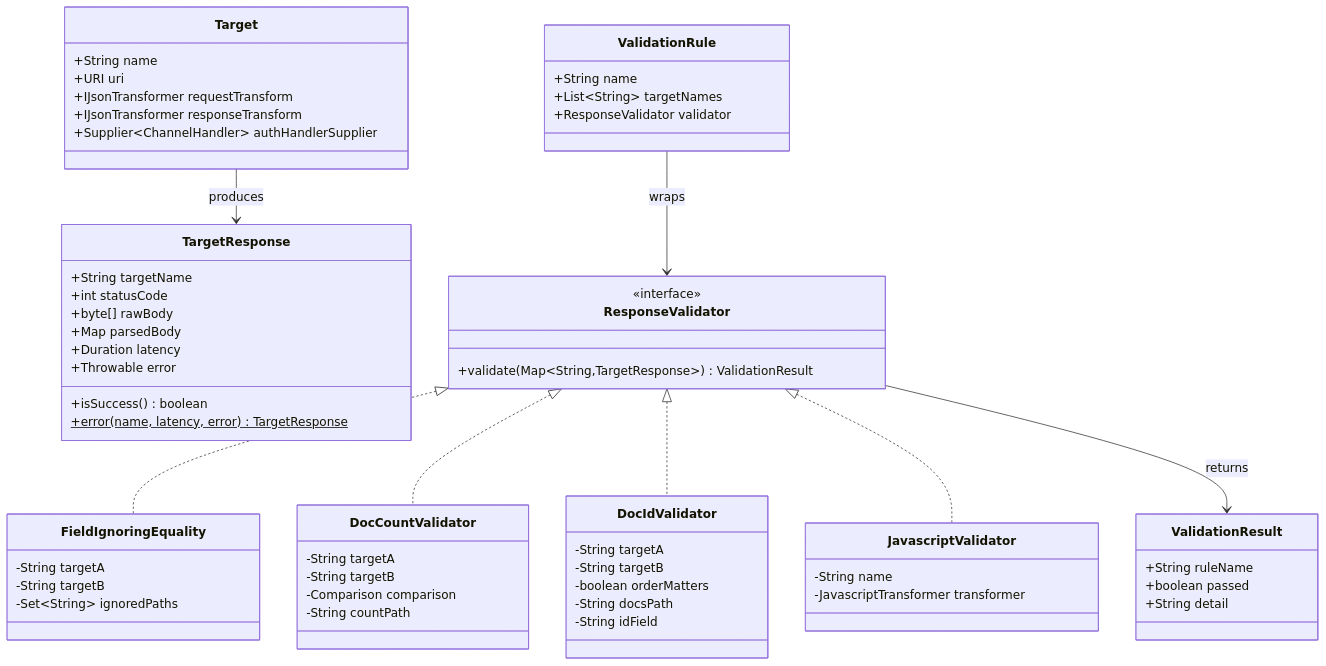
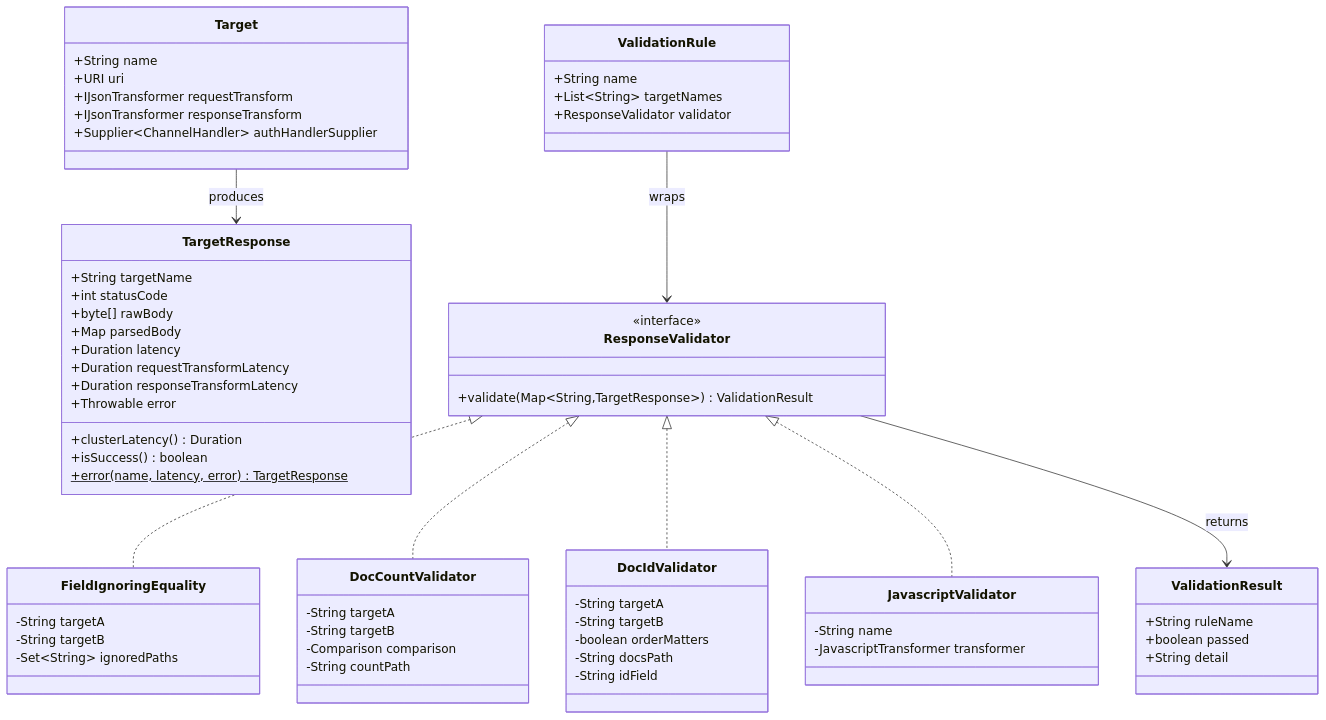
The eighth of 14 diagrams in TrafficCapture/transformationShim/docs/ARCHITECTURE.md (opensearch-project/opensearch-migrations), drawn with Mermaid before and after one commit. The commit also changed other lines of this file and 13 other files, not shown here.

````diff
--- a/TrafficCapture/transformationShim/docs/ARCHITECTURE.md
+++ b/TrafficCapture/transformationShim/docs/ARCHITECTURE.md
@@ -344,72 +350,75 @@
 ```mermaid
 classDiagram
     class Target {
         +String name
         +URI uri
         +IJsonTransformer requestTransform
         +IJsonTransformer responseTransform
         +Supplier~ChannelHandler~ authHandlerSupplier
     }
 
     class TargetResponse {
         +String targetName
         +int statusCode
         +byte[] rawBody
         +Map parsedBody
         +Duration latency
+        +Duration requestTransformLatency
+        +Duration responseTransformLatency
         +Throwable error
+        +clusterLatency() Duration
         +isSuccess() boolean
         +error(name, latency, error)$ TargetResponse
     }
 
     class ValidationResult {
         +String ruleName
         +boolean passed
         +String detail
     }
 
     class ValidationRule {
         +String name
         +List~String~ targetNames
         +ResponseValidator validator
     }
 
     class ResponseValidator {
         <<interface>>
         +validate(Map~String,TargetResponse~) ValidationResult
     }
 
     class FieldIgnoringEquality {
         -String targetA
         -String targetB
         -Set~String~ ignoredPaths
     }
 
     class DocCountValidator {
         -String targetA
         -String targetB
         -Comparison comparison
         -String countPath
     }
 
     class DocIdValidator {
         -String targetA
         -String targetB
         -boolean orderMatters
         -String docsPath
         -String idField
     }
 
     class JavascriptValidator {
         -String name
         -JavascriptTransformer transformer
     }
 
     Target --> TargetResponse : produces
     ValidationRule --> ResponseValidator : wraps
     ResponseValidator <|.. FieldIgnoringEquality
     ResponseValidator <|.. DocCountValidator
     ResponseValidator <|.. DocIdValidator
     ResponseValidator <|.. JavascriptValidator
     ResponseValidator --> ValidationResult : returns
 ```
````
